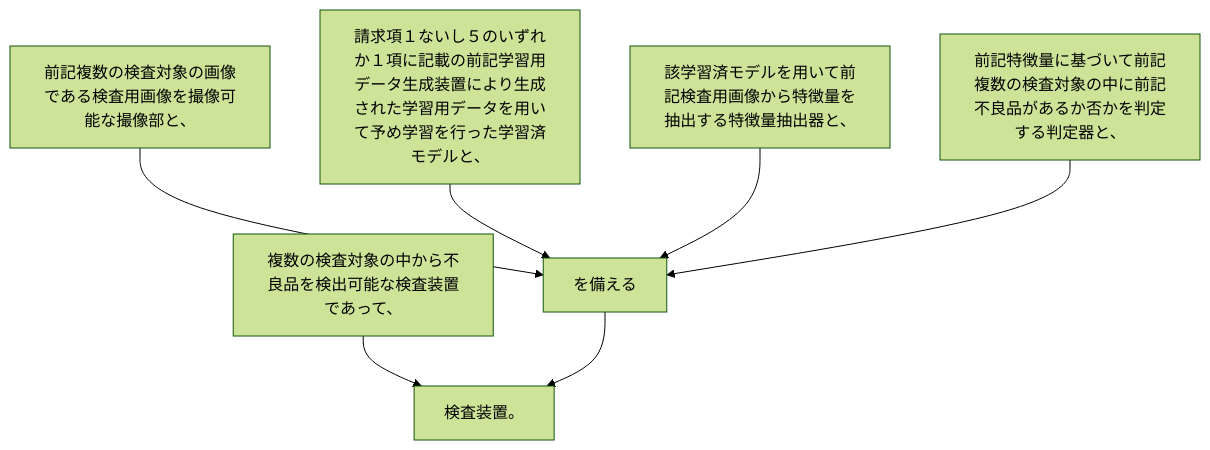
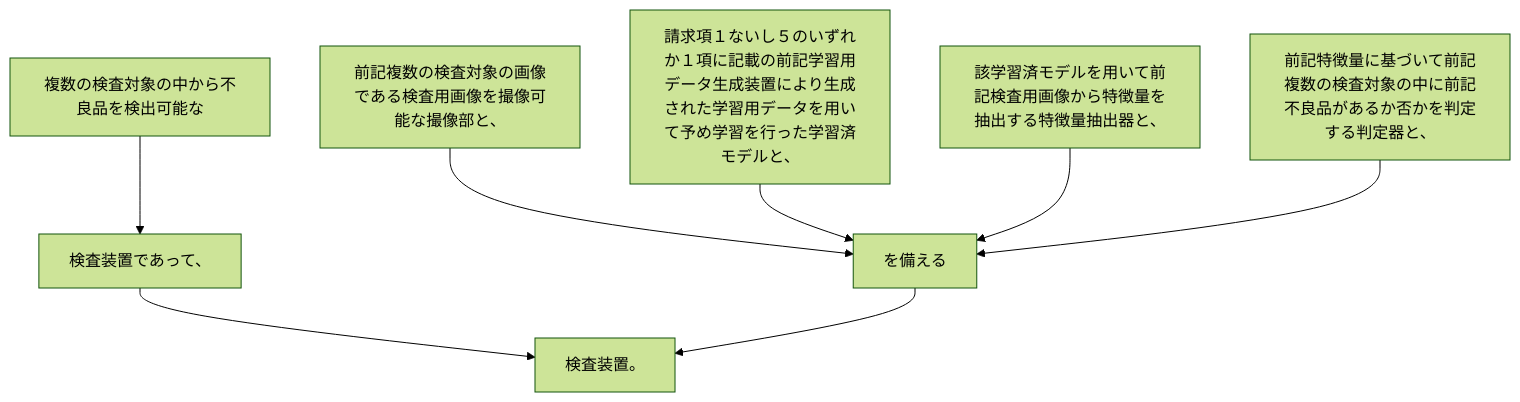
The diagram in 2024/JP2024000284A/claim_11/README.md (shinmori55/patent_analyzed), drawn with Mermaid (forest theme) before and after one commit. The commit also changed 336 other files, not shown here.

````diff
--- a/2024/JP2024000284A/claim_11/README.md
+++ b/2024/JP2024000284A/claim_11/README.md
@@ -7,16 +7,18 @@
 ```mermaid
 flowchart TD
-A[複数の検査対象の中から不良品を検出可能な検査装置であって、]
-B[前記複数の検査対象の画像である検査用画像を撮像可能な撮像部と、]
-C[請求項１ないし５のいずれか１項に記載の前記学習用データ生成装置により生成された学習用データを用いて予め学習を行った学習済モデルと、]
-D[該学習済モデルを用いて前記検査用画像から特徴量を抽出する特徴量抽出器と、]
-E[前記特徴量に基づいて前記複数の検査対象の中に前記不良品があるか否かを判定する判定器と、]
-F[を備える]
-G[検査装置。]
-A --> G
-B --> F
-C --> F
-D --> F
-E --> F
+A[複数の検査対象の中から不良品を検出可能な]
+B[検査装置であって、]
+C[前記複数の検査対象の画像である検査用画像を撮像可能な撮像部と、]
+D[請求項１ないし５のいずれか１項に記載の前記学習用データ生成装置により生成された学習用データを用いて予め学習を行った学習済モデルと、]
+E[該学習済モデルを用いて前記検査用画像から特徴量を抽出する特徴量抽出器と、]
+F[前記特徴量に基づいて前記複数の検査対象の中に前記不良品があるか否かを判定する判定器と、]
+G[を備える]
+H[検査装置。]
+A --> B
+B --> H
+C --> G
+D --> G
+E --> G
 F --> G
+G --> H
 ```
````
